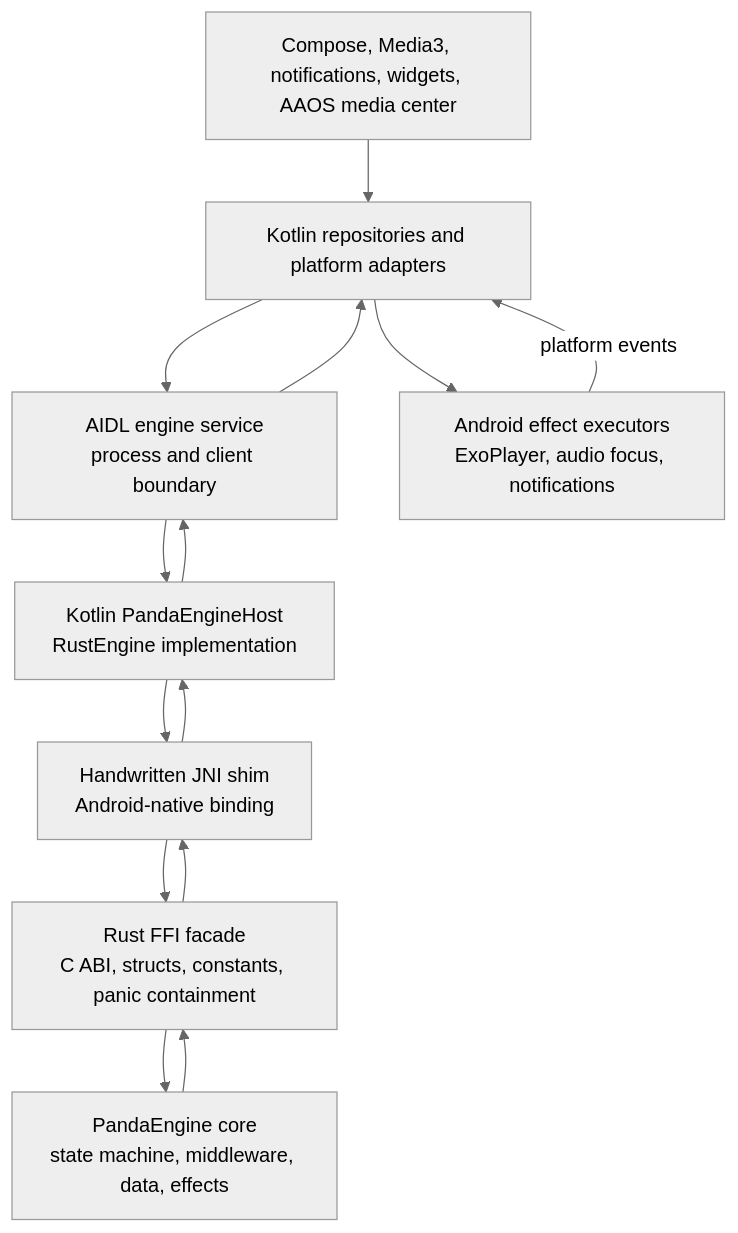
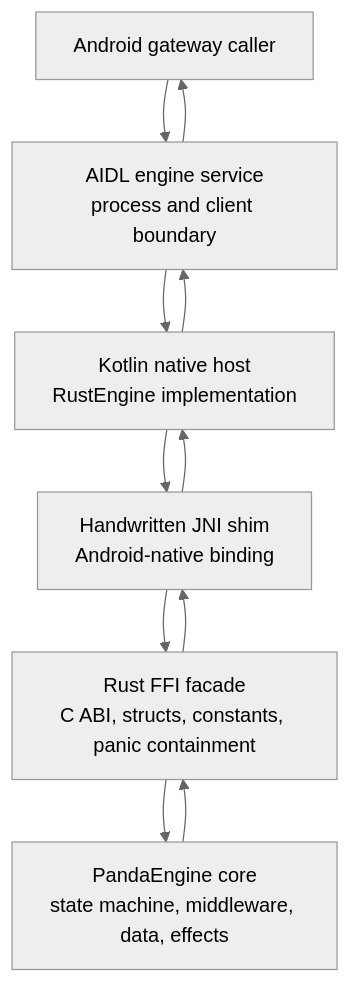
One commit to adrianrusu16/Media-App changed the first of 2 diagrams in docs/native-engine-host.md. Above: the diagram before and after it, drawn with Mermaid (neutral theme). The commit also changed other lines of this file and 3 other files, not shown here.

Commit message:
docs: split android integration from engine host

````diff
--- a/docs/native-engine-host.md
+++ b/docs/native-engine-host.md
@@ -31,25 +16,20 @@
 ```mermaid
 flowchart TD
-    Surfaces["Compose, Media3, notifications, widgets, AAOS media center"]
-    KotlinAdapters["Kotlin repositories and platform adapters"]
+    Caller["Android gateway caller"]
     Aidl["AIDL engine service\nprocess and client boundary"]
-    Host["Kotlin PandaEngineHost\nRustEngine implementation"]
+    Host["Kotlin native host\nRustEngine implementation"]
     Jni["Handwritten JNI shim\nAndroid-native binding"]
     Ffi["Rust FFI facade\nC ABI, structs, constants, panic containment"]
     Core["PandaEngine core\nstate machine, middleware, data, effects"]
-    AndroidEffects["Android effect executors\nExoPlayer, audio focus, notifications"]
 
-    Surfaces --> KotlinAdapters
-    KotlinAdapters --> Aidl
+    Caller --> Aidl
     Aidl --> Host
     Host --> Jni
     Jni --> Ffi
     Ffi --> Core
     Core --> Ffi
     Ffi --> Jni
     Jni --> Host
     Host --> Aidl
-    Aidl --> KotlinAdapters
-    KotlinAdapters --> AndroidEffects
-    AndroidEffects -->|platform events| KotlinAdapters
+    Aidl --> Caller
 ```
````
